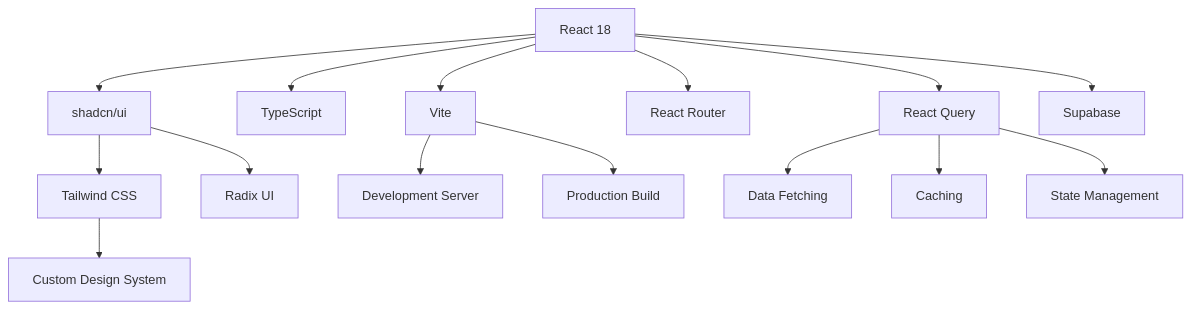
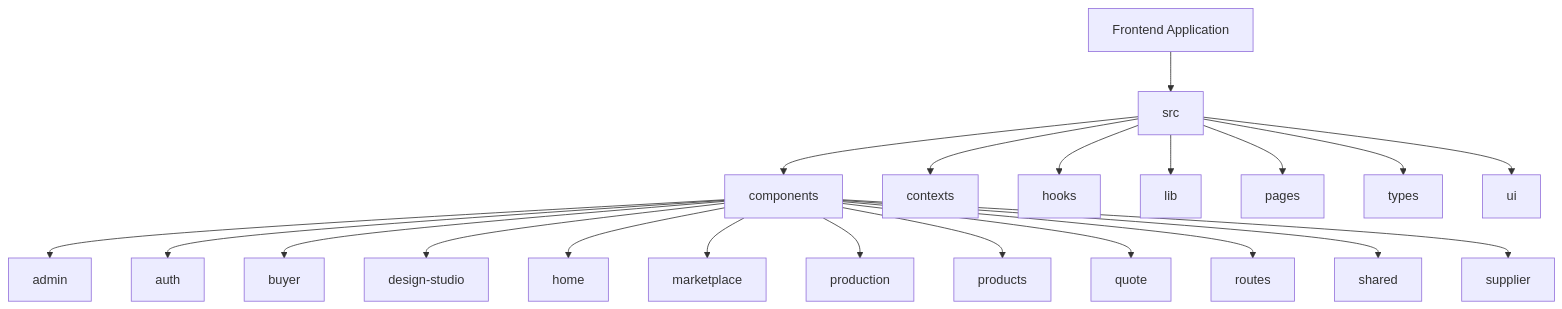
One commit to sleekapparels-admin/sleekapp-v100 changed the first of 8 diagrams in .qoder/repowiki/en/content/Frontend Architecture/Frontend Architecture.md. Above: the diagram before and after it, drawn with Mermaid. The commit also changed other lines of this file and 337 other files, not shown here.

````diff
--- a/.qoder/repowiki/en/content/Frontend Architecture/Frontend Architecture.md
+++ b/.qoder/repowiki/en/content/Frontend Architecture/Frontend Architecture.md
@@ -59,17 +47,23 @@
 ```mermaid
 graph TD
-A[React 18] --> B[Vite]
-A --> C[TypeScript]
-A --> D[shadcn/ui]
-D --> E[Tailwind CSS]
-D --> F[Radix UI]
-A --> G[React Router]
-A --> H[React Query]
-A --> I[Supabase]
-B --> J[Development Server]
-B --> K[Production Build]
-E --> L[Custom Design System]
-H --> M[Data Fetching]
-H --> N[Caching]
-H --> O[State Management]
+A[Frontend Application] --> B[src]
+B --> C[components]
+B --> D[contexts]
+B --> E[hooks]
+B --> F[lib]
+B --> G[pages]
+B --> H[types]
+B --> I[ui]
+C --> J[admin]
+C --> K[auth]
+C --> L[buyer]
+C --> M[design-studio]
+C --> N[home]
+C --> O[marketplace]
+C --> P[production]
+C --> Q[products]
+C --> R[quote]
+C --> S[routes]
+C --> T[shared]
+C --> U[supplier]
 ```
````
